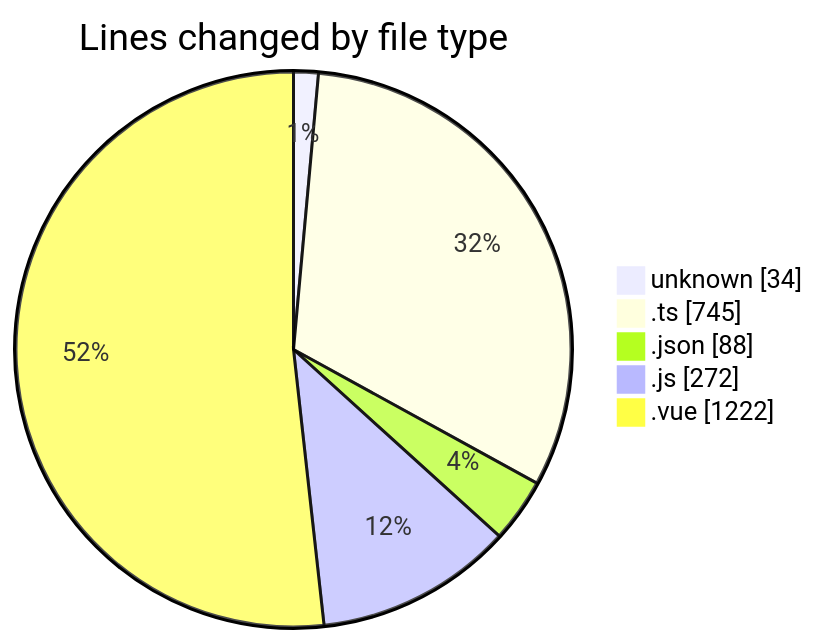
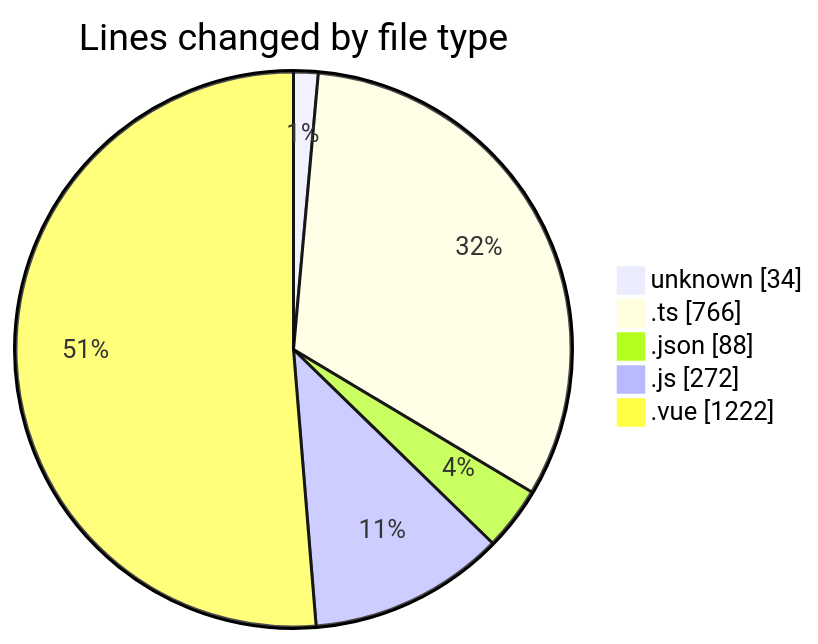
The first of 2 diagrams in 2025-07-13/rentotp/README.md (lephambinh05/code-tracking), drawn with Mermaid before and after one commit. The commit also changed other lines of this file and 1 other file, not shown here.

````diff
--- a/2025-07-13/rentotp/README.md
+++ b/2025-07-13/rentotp/README.md
@@ -45,9 +46,9 @@
 ```mermaid
 pie showData
 title Lines changed by file type
 "unknown" : 34
-".ts" : 745
+".ts" : 766
 ".json" : 88
 ".js" : 272
 ".vue" : 1222
 ```
````
